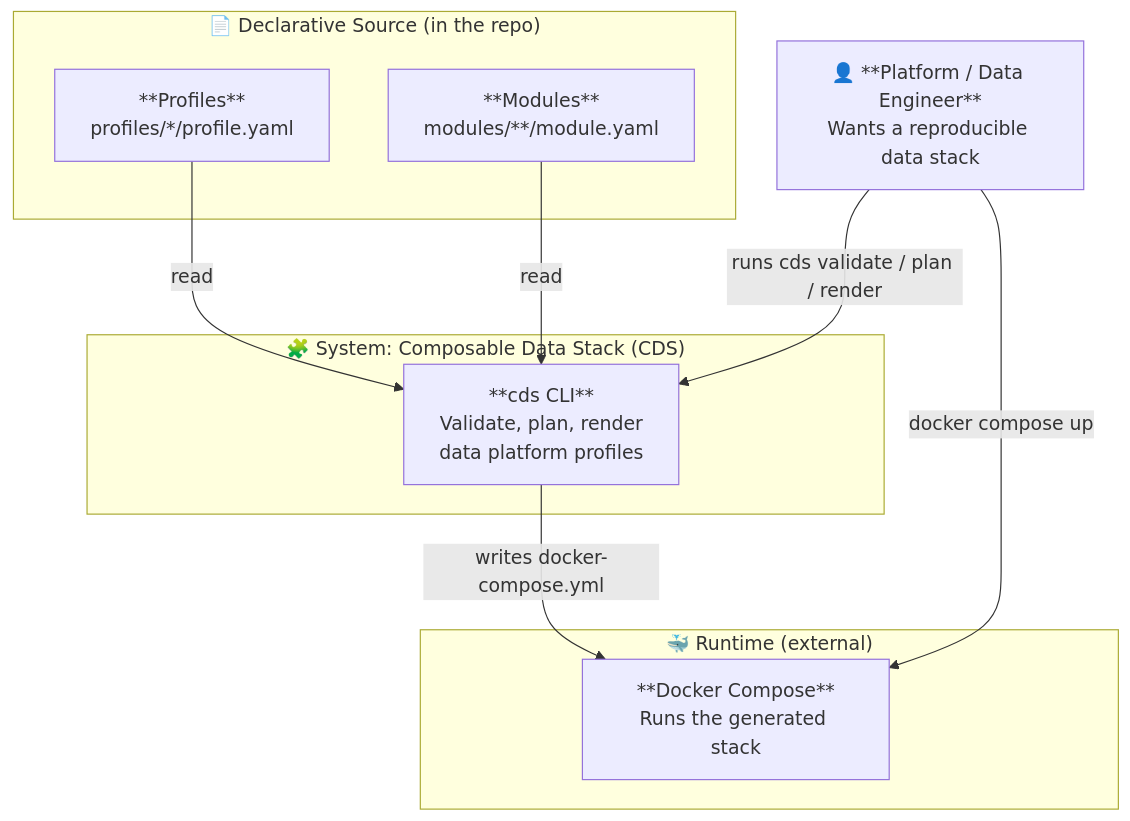
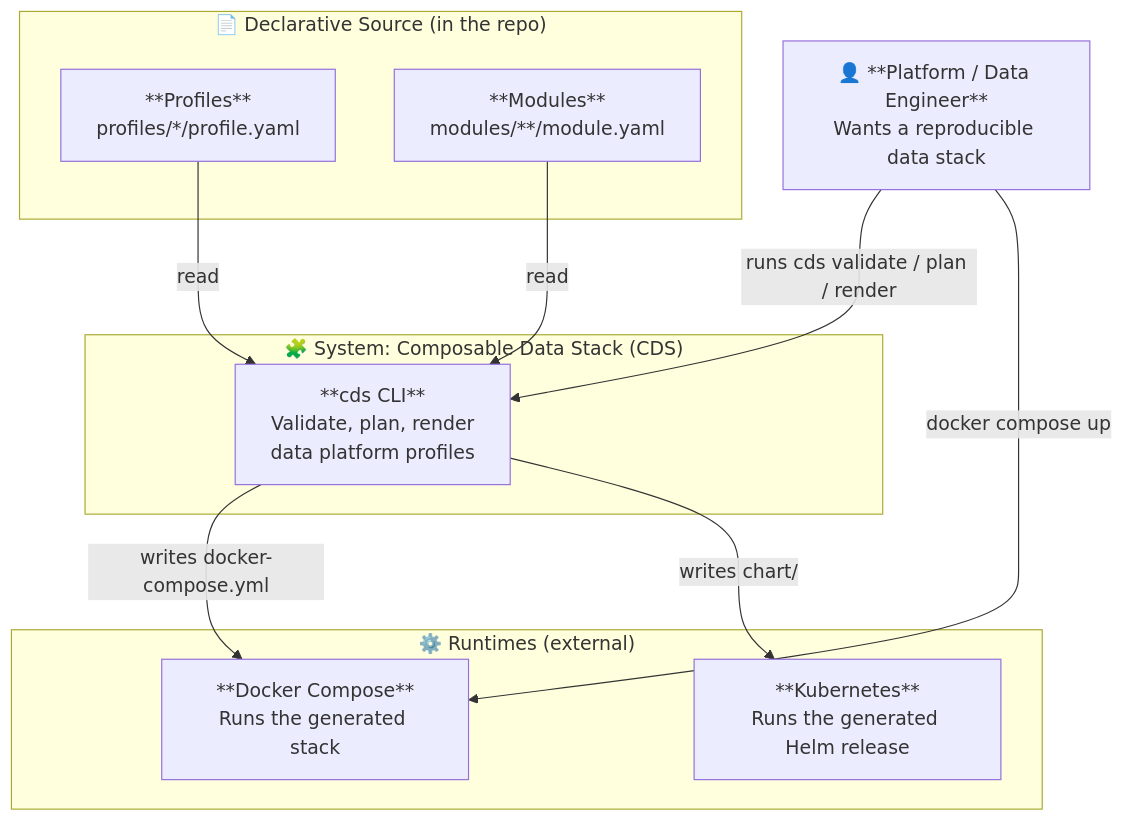
The first of 9 diagrams in docs/how-it-works.md (RonaldHensbergen/composable-data-stack), drawn with Mermaid before and after one commit. The commit also changed other lines of this file and 15 other files, not shown here.

````diff
--- a/docs/how-it-works.md
+++ b/docs/how-it-works.md
@@ -146,23 +139,25 @@
 ```mermaid
 graph TB
     DEV["👤 **Platform / Data Engineer**<br/>Wants a reproducible data stack"]
 
     subgraph SYS["🧩 System: Composable Data Stack (CDS)"]
         CDS["**cds CLI**<br/>Validate, plan, render<br/>data platform profiles"]
     end
 
     subgraph INPUTS["📄 Declarative Source (in the repo)"]
         PROFILES["**Profiles**<br/>profiles/*/profile.yaml"]
         MODULES["**Modules**<br/>modules/**/module.yaml"]
     end
 
-    subgraph RUNTIME["🐳 Runtime (external)"]
+    subgraph RUNTIME["⚙️ Runtimes (external)"]
         DOCKER["**Docker Compose**<br/>Runs the generated stack"]
+        K8S["**Kubernetes**<br/>Runs the generated Helm release"]
     end
 
     DEV -->|"runs cds validate / plan / render"| CDS
     PROFILES -->|"read"| CDS
     MODULES -->|"read"| CDS
     CDS -->|"writes docker-compose.yml"| DOCKER
+    CDS -->|"writes chart/"| K8S
     DEV -->|"docker compose up"| DOCKER
 ```
````
